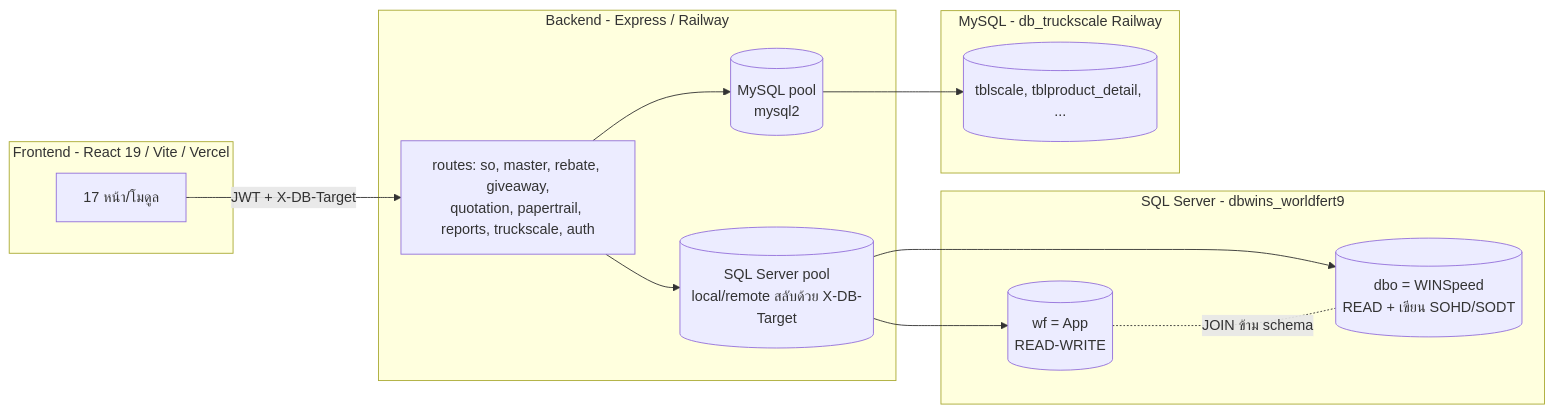
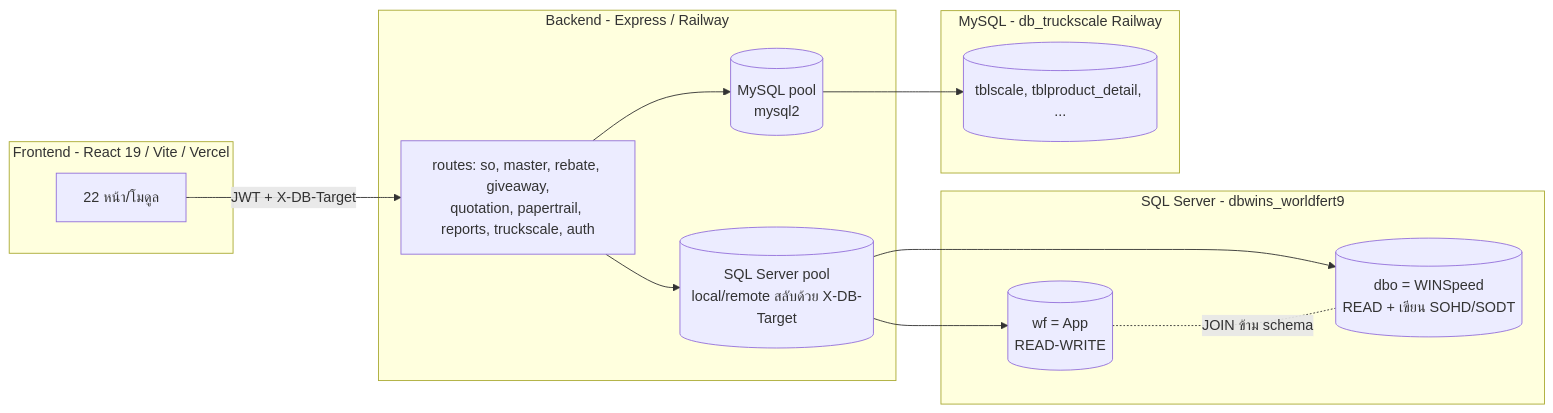
The first of 2 diagrams in docs/00-DATABASE-OVERVIEW.md (thirayume/winspeed-connect), drawn with Mermaid before and after one commit. The commit also changed other lines of this file and 61 other files, not shown here.

````diff
--- a/docs/00-DATABASE-OVERVIEW.md
+++ b/docs/00-DATABASE-OVERVIEW.md
@@ -34,23 +34,23 @@
 ```mermaid
 flowchart LR
   subgraph FE[Frontend - React 19 / Vite / Vercel]
-    UI[17 หน้า/โมดูล]
+    UI[22 หน้า/โมดูล]
   end
   subgraph API[Backend - Express / Railway]
     R1[routes: so, master, rebate, giveaway,\nquotation, papertrail, reports, truckscale, auth]
     P1[(SQL Server pool\nlocal/remote สลับด้วย X-DB-Target)]
     P2[(MySQL pool\nmysql2)]
   end
   subgraph SQL[SQL Server - dbwins_worldfert9]
     DBO[(dbo = WINSpeed\nREAD + เขียน SOHD/SODT)]
     WF[(wf = App\nREAD-WRITE)]
   end
   subgraph MY[MySQL - db_truckscale Railway]
     TS[(tblscale, tblproduct_detail, ...)]
   end
   UI -->|JWT + X-DB-Target| R1
   R1 --> P1 --> WF
   P1 --> DBO
   WF -. JOIN ข้าม schema .- DBO
   R1 --> P2 --> TS
 ```
````
